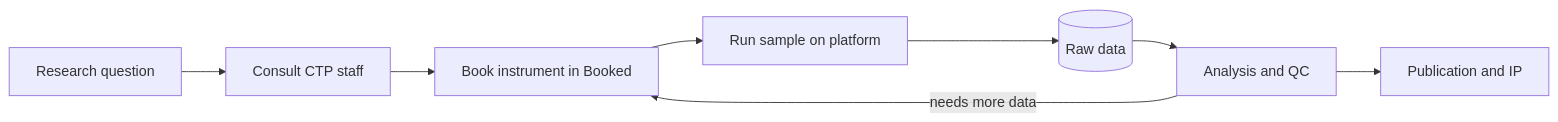
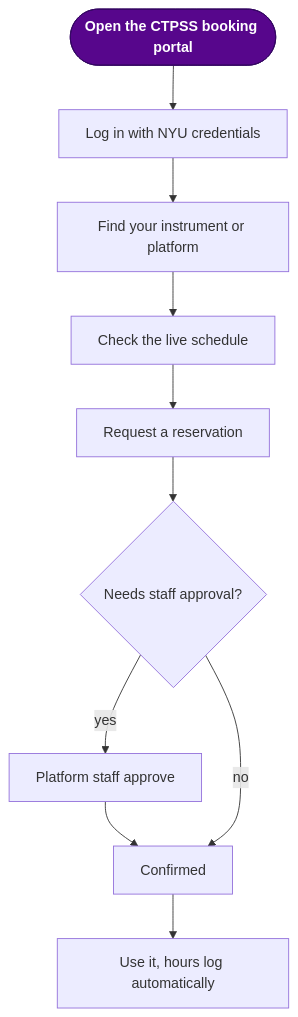
The diagram in workshops/01-slidev/slides.md (NYUAD-Core-Technology-Platforms/ctp-upscaling-workshop-series), drawn with Mermaid before and after one commit. The commit also changed other lines of this file and 1 other file, not shown here.

````diff
--- a/workshops/01-slidev/slides.md
+++ b/workshops/01-slidev/slides.md
@@ -790,10 +790,13 @@
-```mermaid {scale: 0.62}
-flowchart LR
-  Q[Research question] --> C[Consult CTP staff]
-  C --> B[Book instrument in Booked]
-  B --> R[Run sample on platform]
-  R --> D[(Raw data)]
-  D --> A[Analysis and QC]
-  A --> P[Publication and IP]
-  A -->|needs more data| B
+```mermaid {scale: 0.58}
+flowchart TD
+  P([Open the CTPSS booking portal]):::portal --> L[Log in with NYU credentials]
+  L --> F[Find your instrument or platform]
+  F --> S[Check the live schedule]
+  S --> R[Request a reservation]
+  R --> Q{Needs staff approval?}
+  Q -- yes --> W[Platform staff approve] --> C[Confirmed]
+  Q -- no --> C
+  C --> U[Use it, hours log automatically]
+  click P "https://corelabs.abudhabi.nyu.edu/" "Open the CTP booking system" _blank
+  classDef portal fill:#57068c,stroke:#330662,color:#ffffff,font-weight:bold;
 ```
````
